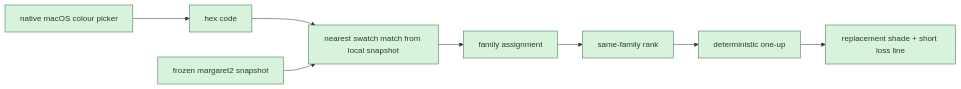
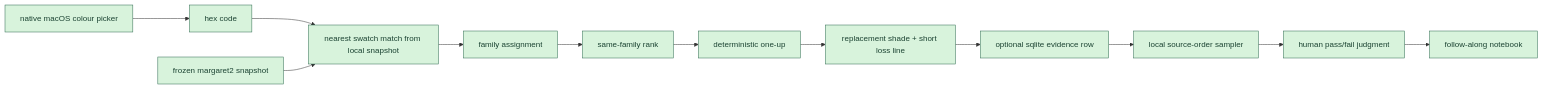
One commit to tryskian/huemiliator changed the diagram in docs/diagrams/PIPELINE.md. Above: the diagram before and after it, drawn with Mermaid. The commit also changed other lines of this file and 22 other files, not shown here.

````diff
--- a/docs/diagrams/PIPELINE.md
+++ b/docs/diagrams/PIPELINE.md
@@ -9,18 +9,23 @@
 ```mermaid
 flowchart LR
   A["native macOS colour picker"]
   B["hex code"]
   S["frozen margaret2 snapshot"]
   C["nearest swatch match from local snapshot"]
   D["family assignment"]
   E["same-family rank"]
   F["deterministic one-up"]
   G["replacement shade + short loss line"]
+  H["optional sqlite evidence row"]
+  I["local source-order sampler"]
+  J["human pass/fail judgment"]
+  K["follow-along notebook"]
 
   A --> B --> C --> D --> E --> F --> G
+  G --> H --> I --> J --> K
   S --> C
 
   classDef implemented fill:#d8f3dc,stroke:#2d6a4f,color:#1b4332
   classDef pending fill:#f3f4f6,stroke:#9ca3af,color:#374151
-  class A,B,S,C,D,E,F,G implemented
+  class A,B,S,C,D,E,F,G,H,I,J,K implemented
 ```
````
